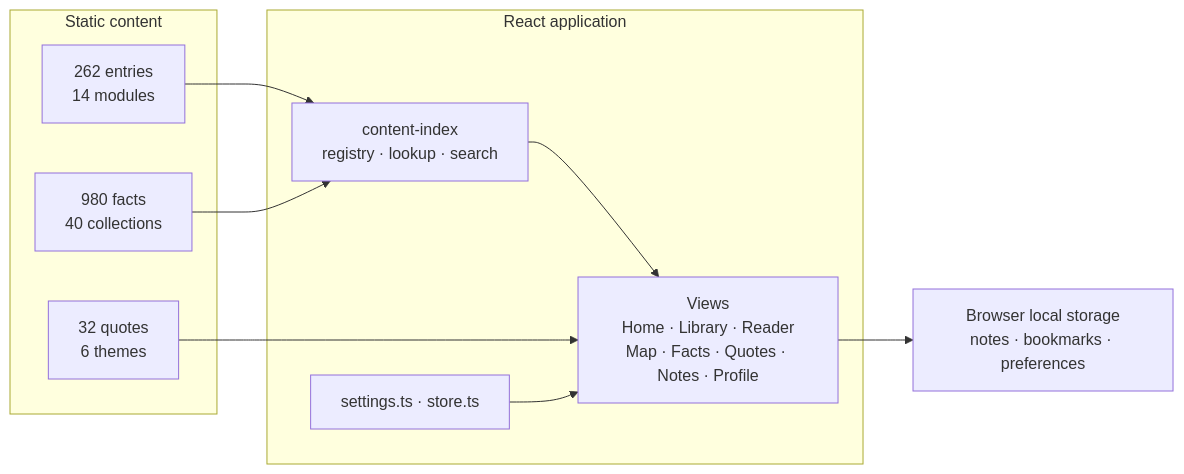
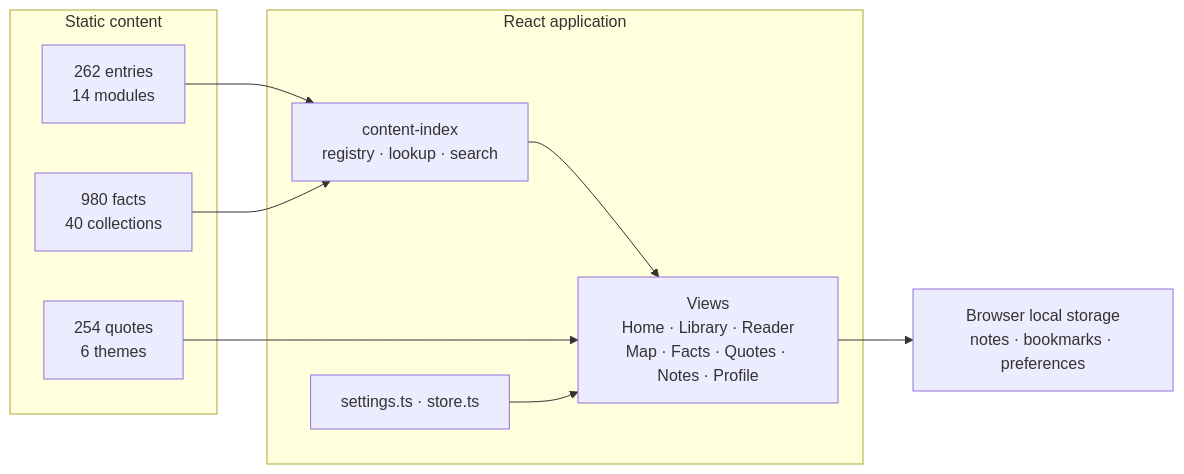
Before and after one commit to apsideslabs/mindtrace: the first of 3 diagrams in README.md, drawn with Mermaid. The commit also changed other lines of this file, not shown here.

Commit message:
docs: update README quotes figures — 254 verified quotes from 187 authors

````diff
--- a/README.md
+++ b/README.md
@@ -102,23 +102,23 @@
 ```mermaid
 flowchart LR
     subgraph Content["Static content"]
         E["262 entries<br/>14 modules"]
         F["980 facts<br/>40 collections"]
-        Q["32 quotes<br/>6 themes"]
+        Q["254 quotes<br/>6 themes"]
     end
 
     subgraph App["React application"]
         IDX["content-index<br/>registry · lookup · search"]
         V["Views<br/>Home · Library · Reader<br/>Map · Facts · Quotes · Notes · Profile"]
         S["settings.ts · store.ts"]
     end
 
     LS["Browser local storage<br/>notes · bookmarks · preferences"]
 
     E --> IDX
     F --> IDX
     IDX --> V
     Q --> V
     S --> V
     V --> LS
 ```
````
